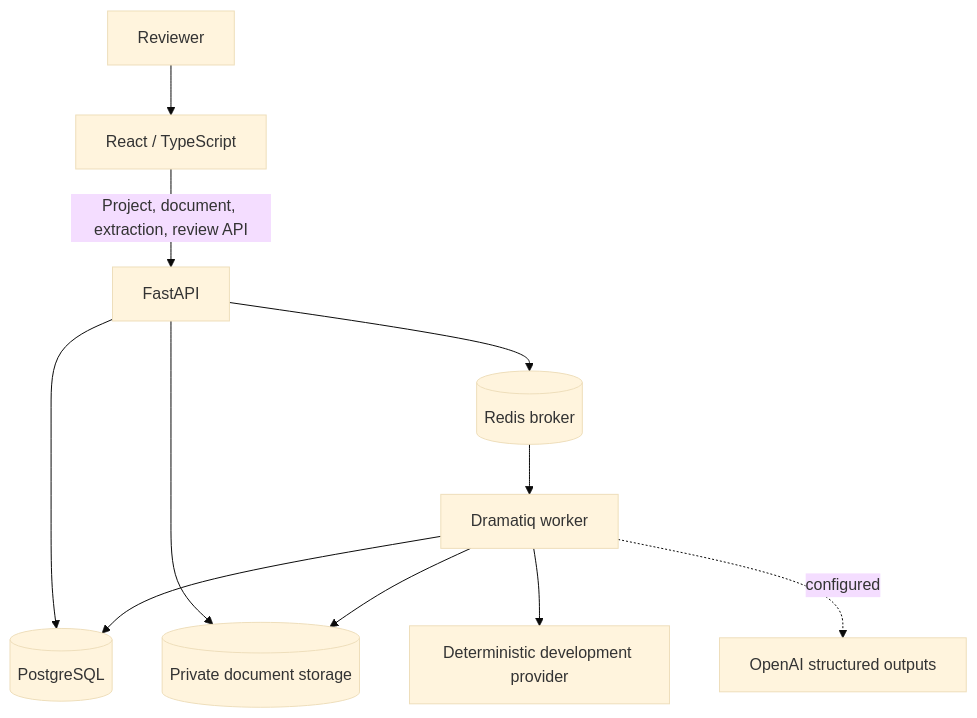
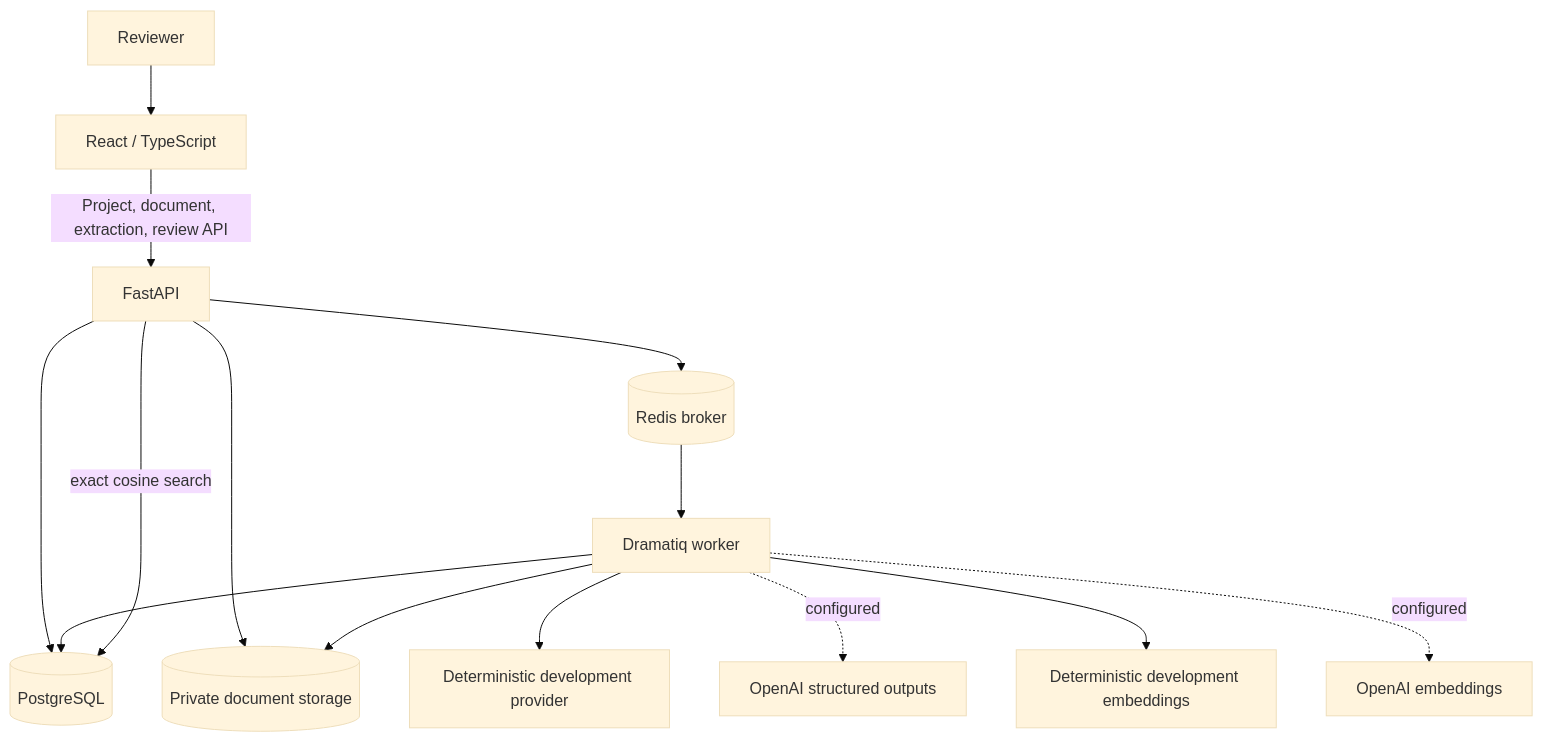
The diagram in ARCHITECTURE.md (hafiz475/AI-Document-Intelligence-Verification-Platform), drawn with Mermaid (base theme) before and after one commit. The commit also changed other lines of this file and 40 other files, not shown here.

````diff
--- a/ARCHITECTURE.md
+++ b/ARCHITECTURE.md
@@ -9,13 +9,16 @@
-~~~mermaid
+```mermaid
 flowchart TB
     Reviewer --> Web[React / TypeScript]
     Web -->|Project, document, extraction, review API| API[FastAPI]
     API --> DB[(PostgreSQL)]
     API --> Queue[(Redis broker)]
     API --> Files[(Private document storage)]
     Queue --> Worker[Dramatiq worker]
     Worker --> Files
     Worker --> DB
     Worker --> Dev[Deterministic development provider]
     Worker -. configured .-> OpenAI[OpenAI structured outputs]
-~~~
+    Worker --> EmbDev[Deterministic development embeddings]
+    Worker -. configured .-> OpenAIEmb[OpenAI embeddings]
+    API -->|exact cosine search| DB
+```
````
